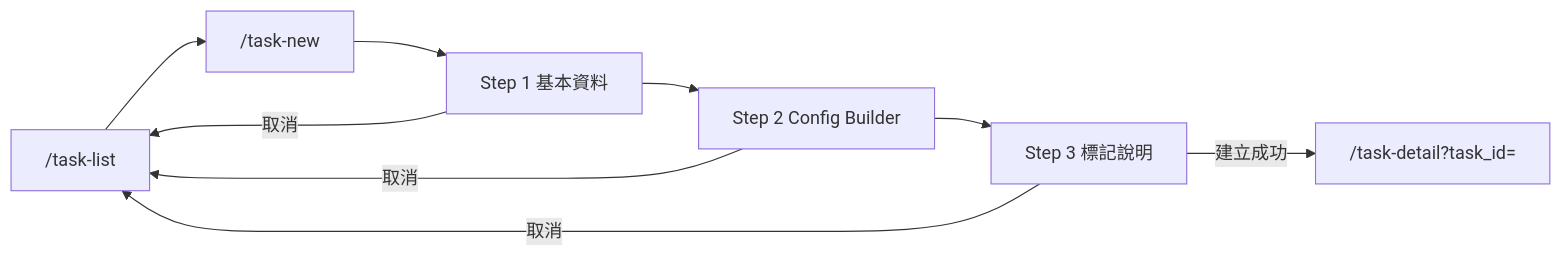
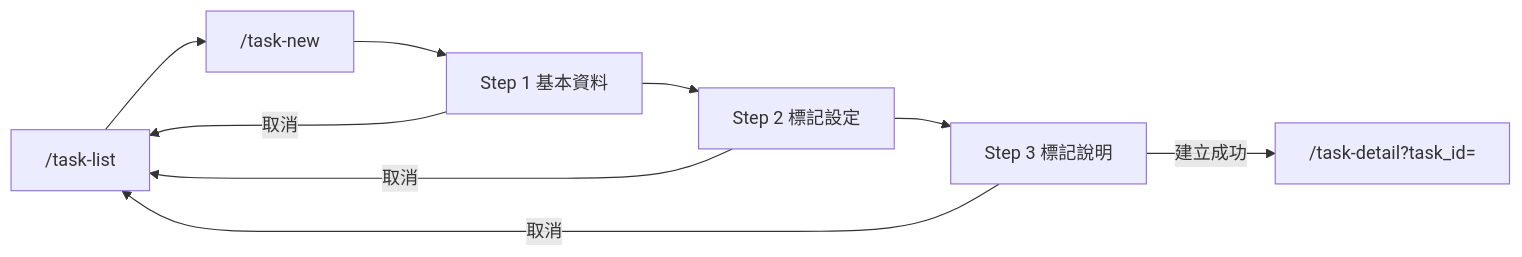
The second of 2 diagrams in specs/task-management/013-task-new/spec.md (singyichen/label-suite), drawn with Mermaid before and after one commit. The commit also changed other lines of this file and 2 other files, not shown here.

````diff
--- a/specs/task-management/013-task-new/spec.md
+++ b/specs/task-management/013-task-new/spec.md
@@ -194,11 +194,11 @@
 ```mermaid
 flowchart LR
     tasklist["/task-list"] --> tasknew["/task-new"]
     tasknew --> step1["Step 1 基本資料"]
-    step1 --> step2["Step 2 Config Builder"]
+    step1 --> step2["Step 2 標記設定"]
     step2 --> step3["Step 3 標記說明"]
     step3 -->|建立成功| taskdetail["/task-detail?task_id="]
     step1 -->|取消| tasklist
     step2 -->|取消| tasklist
     step3 -->|取消| tasklist
 ```
````
